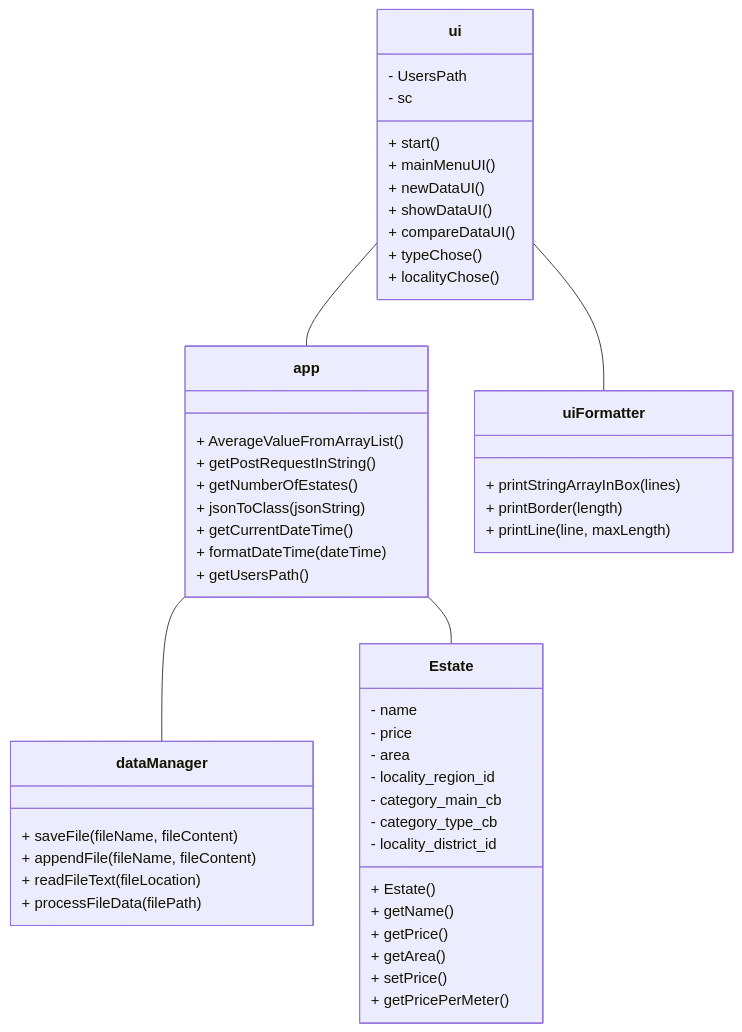
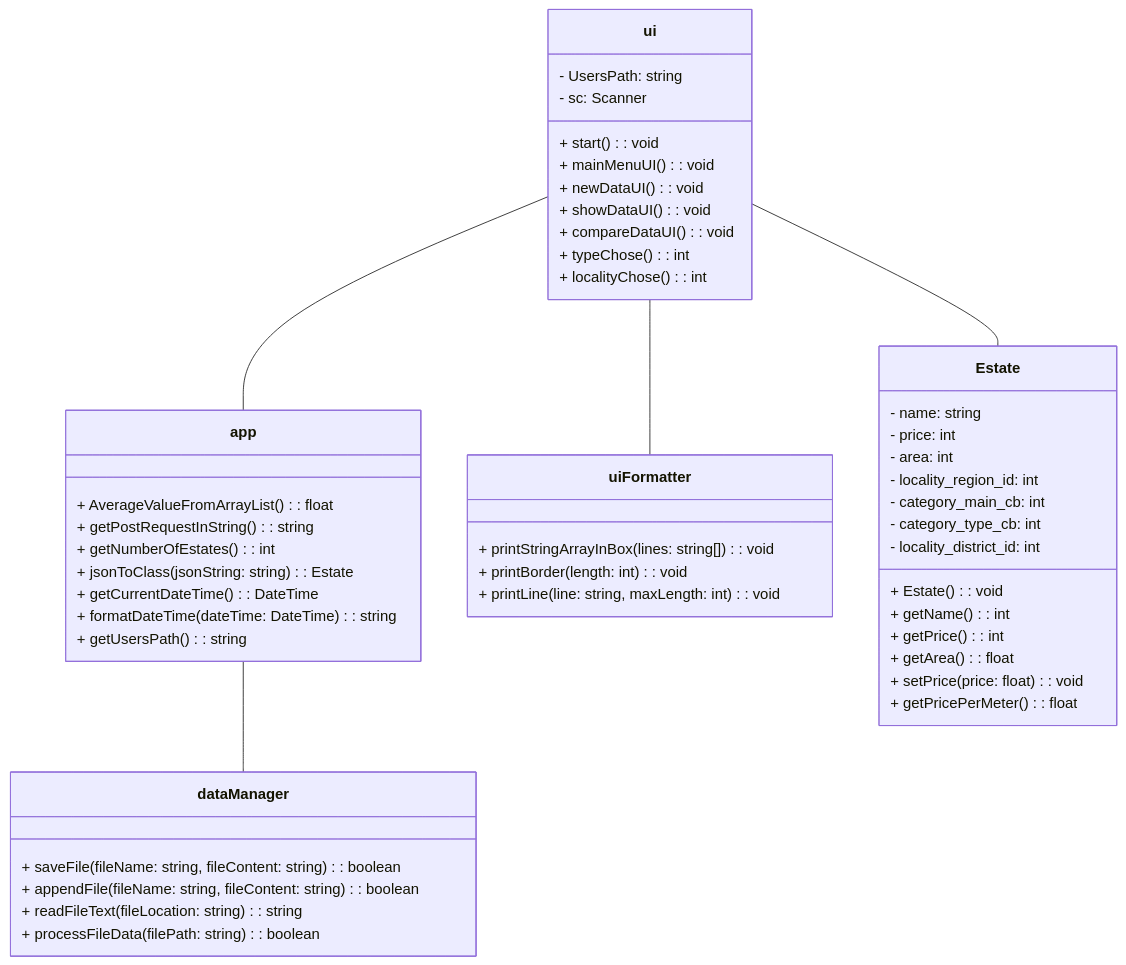
The second of 2 diagrams in README.md (konerzajakub/TestGitWednesday), drawn with Mermaid before and after one commit.

````diff
--- a/README.md
+++ b/README.md
@@ -192,62 +192,60 @@
 ```mermaid
 classDiagram
     class app {
-        + AverageValueFromArrayList()
-        + getPostRequestInString()
-        + getNumberOfEstates()
+        + AverageValueFromArrayList(): float
+        + getPostRequestInString(): string
+        + getNumberOfEstates(): int
 
-        + jsonToClass(jsonString)
-        + getCurrentDateTime()
-        + formatDateTime(dateTime)
-        + getUsersPath()
+        + jsonToClass(jsonString: string): Estate
+        + getCurrentDateTime(): DateTime
+        + formatDateTime(dateTime: DateTime): string
+        + getUsersPath(): string
     }
 
     class uiFormatter{
-        + printStringArrayInBox(lines)
-        + printBorder(length)
-        + printLine(line, maxLength)
-        
+        + printStringArrayInBox(lines: string[]): void
+        + printBorder(length: int): void
+        + printLine(line: string, maxLength: int): void
     }
 
     class ui {
-        - UsersPath
-        - sc
-        + start()
-        + mainMenuUI()
-        + newDataUI()
-        + showDataUI()
-        + compareDataUI()
-        + typeChose()
-        + localityChose()
+        - UsersPath: string
+        - sc: Scanner
+        + start(): void
+        + mainMenuUI(): void
+        + newDataUI(): void
+        + showDataUI(): void
+        + compareDataUI(): void
+        + typeChose(): int
+        + localityChose(): int
     }
 
     class dataManager {
-        + saveFile(fileName, fileContent)
-        + appendFile(fileName, fileContent)
-        + readFileText(fileLocation)
-        + processFileData(filePath)
+        + saveFile(fileName: string, fileContent: string): boolean
+        + appendFile(fileName: string, fileContent: string): boolean
+        + readFileText(fileLocation: string): string
+        + processFileData(filePath: string): boolean
     }
 
-
     class Estate {
-        - name
-        - price
-        - area
-        - locality_region_id
-        - category_main_cb
-        - category_type_cb
-        - locality_district_id
-        + Estate()
-        + getName()
-        + getPrice()
-        + getArea()
-        + setPrice()
-        + getPricePerMeter()
+        - name: string
+        - price: int
+        - area: int
+        - locality_region_id: int
+        - category_main_cb: int
+        - category_type_cb: int
+        - locality_district_id: int
+        + Estate(): void
+        + getName(): int
+        + getPrice(): int
+        + getArea(): float
+        + setPrice(price: float): void
+        + getPricePerMeter(): float
     }
 
     ui -- app
     ui -- uiFormatter
     app -- dataManager
-    app -- Estate
+    ui -- Estate
 
 ```
````
